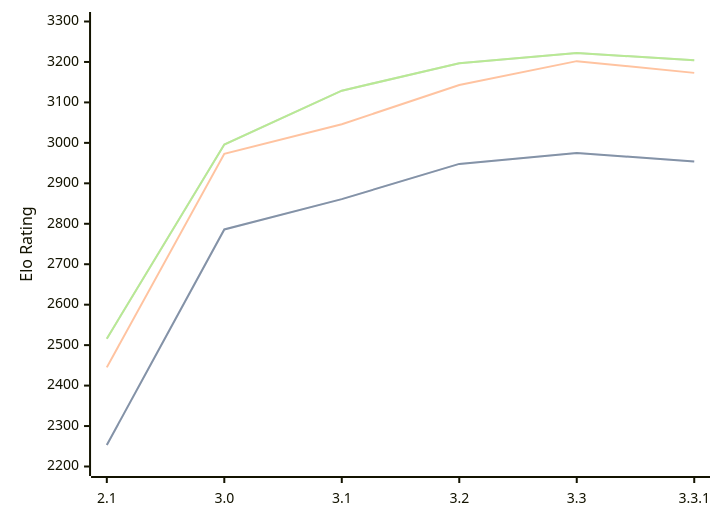
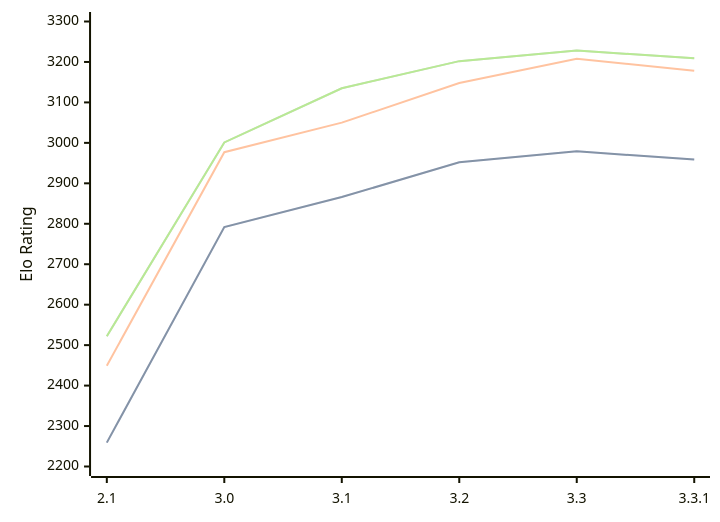
One commit to computer-chess-index/cci changed the diagram in engines/Petrel.md. Above: the diagram before and after it, drawn with Mermaid. The commit also changed other lines of this file, not shown here.

Commit message:
Update CCI Ratings (ELO VLTC) - 2026-04-14

````diff
--- a/engines/Petrel.md
+++ b/engines/Petrel.md
@@ -45,11 +45,11 @@
 ```mermaid
 %%{init: {"theme":"base","themeVariables":{"seriesColors:['#a3a3a3','#222221','#faa371']}}}%%
 xychart-beta
   x-axis ["2.1", "3.0", "3.1", "3.2", "3.3", "3.3.1"]
   y-axis "Elo Rating" 2200 --> 3300
-  line "STC (8.0+0.08s)" [2253, 2786, 2861, 2948, 2975, 2954]
-  line "STC (8.0+0.08s)" [2253, 2786, 2861, 2948, 2975, 2954]
-  line "LTC (60.0+0.60s)" [2445, 2973, 3046, 3143, 3202, 3173]
-  line "VLTC (2m24s+1.12s)" [2516, 2996, 3129, 3197, 3222, 3204]
-  line "VLTC (2m24s+1.12s)" [2516, 2996, 3129, 3197, 3222, 3204]
+  line "STC (8.0+0.08s)" [2259, 2792, 2866, 2952, 2979, 2959]
+  line "STC (8.0+0.08s)" [2259, 2792, 2866, 2952, 2979, 2959]
+  line "LTC (60.0+0.60s)" [2449, 2977, 3050, 3148, 3208, 3178]
+  line "VLTC (2m24s+1.12s)" [2522, 3001, 3135, 3202, 3228, 3209]
+  line "VLTC (2m24s+1.12s)" [2522, 3001, 3135, 3202, 3228, 3209]
 ```
````
